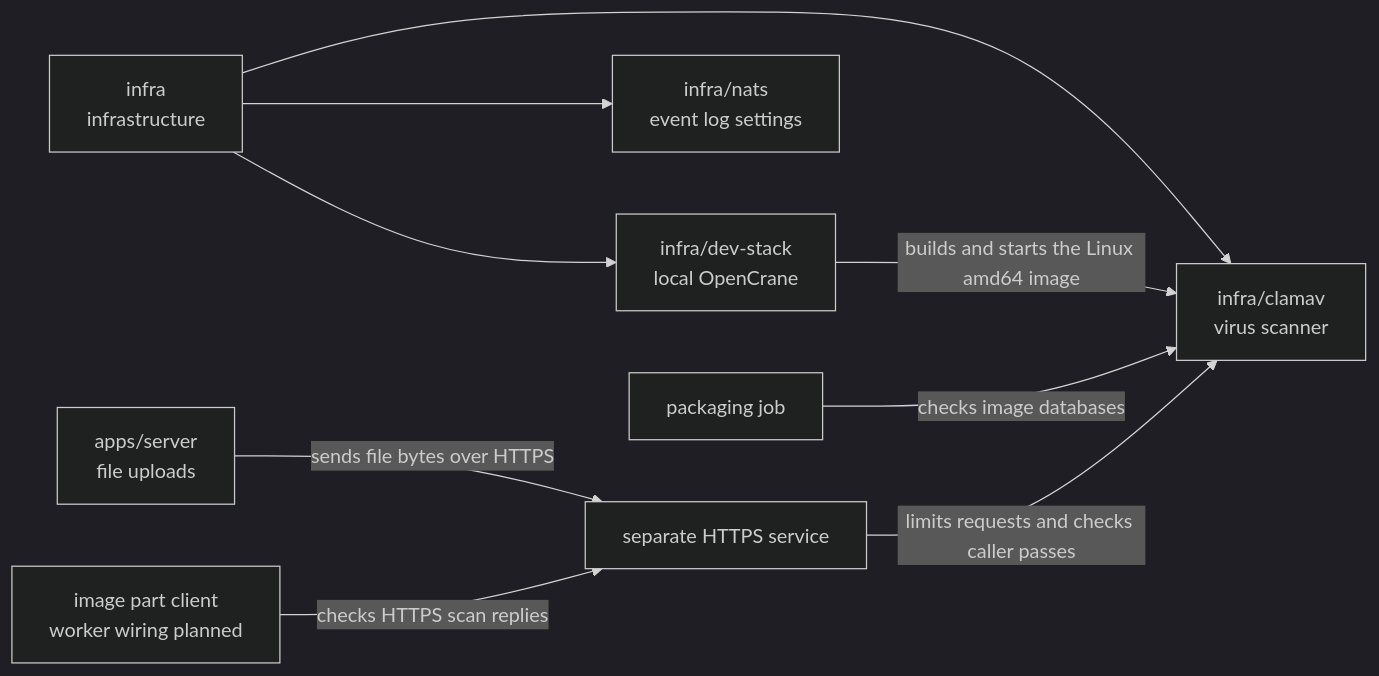
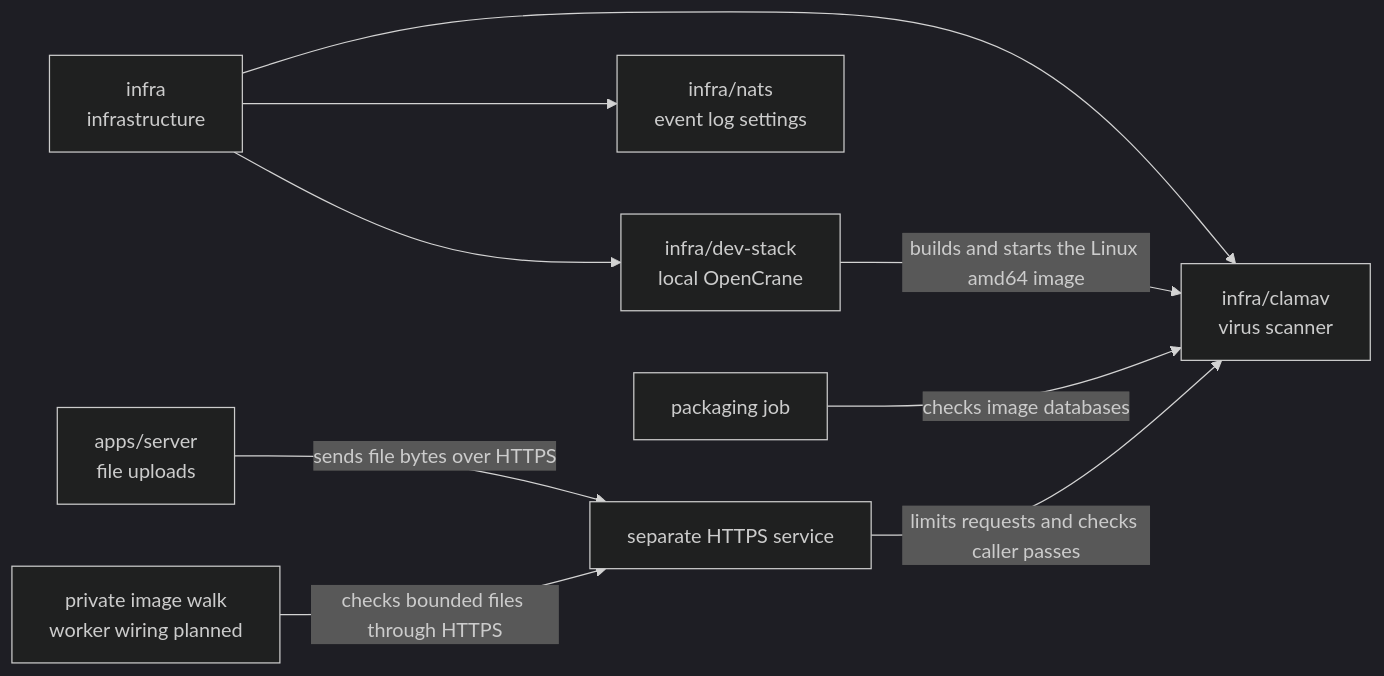
One commit to elewa-git/opencrane-new changed the diagram in infra/clamav/README.md. Above: the diagram before and after it, drawn with Mermaid (dark theme). The commit also changed other lines of this file and 5 other files, not shown here.

````diff
--- a/infra/clamav/README.md
+++ b/infra/clamav/README.md
@@ -16,11 +17,11 @@
 ```mermaid
 flowchart LR
   infra["infra<br/>infrastructure"] --> clamav["infra/clamav<br/>virus scanner"]
   infra --> stack["infra/dev-stack<br/>local OpenCrane"]
   infra --> nats["infra/nats<br/>event log settings"]
   stack -->|builds and starts the Linux amd64 image| clamav
   server["apps/server<br/>file uploads"] -->|sends file bytes over HTTPS| launcher
-  worker["image part client<br/>worker wiring planned"] -->|checks HTTPS scan replies| launcher
+  worker["private image walk<br/>worker wiring planned"] -->|checks bounded files through HTTPS| launcher
   packaging["packaging job"] -->|checks image databases| clamav
   launcher["separate HTTPS service"] -->|limits requests and checks caller passes| clamav
 ```
````
